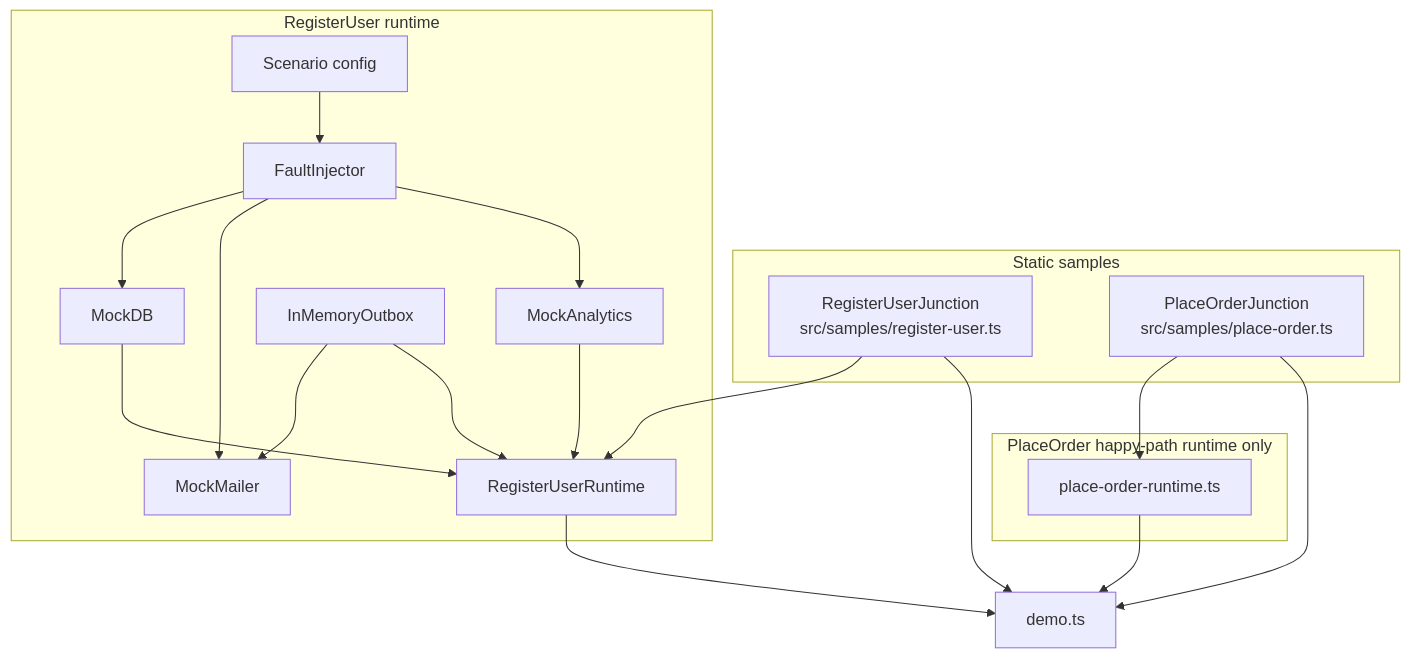
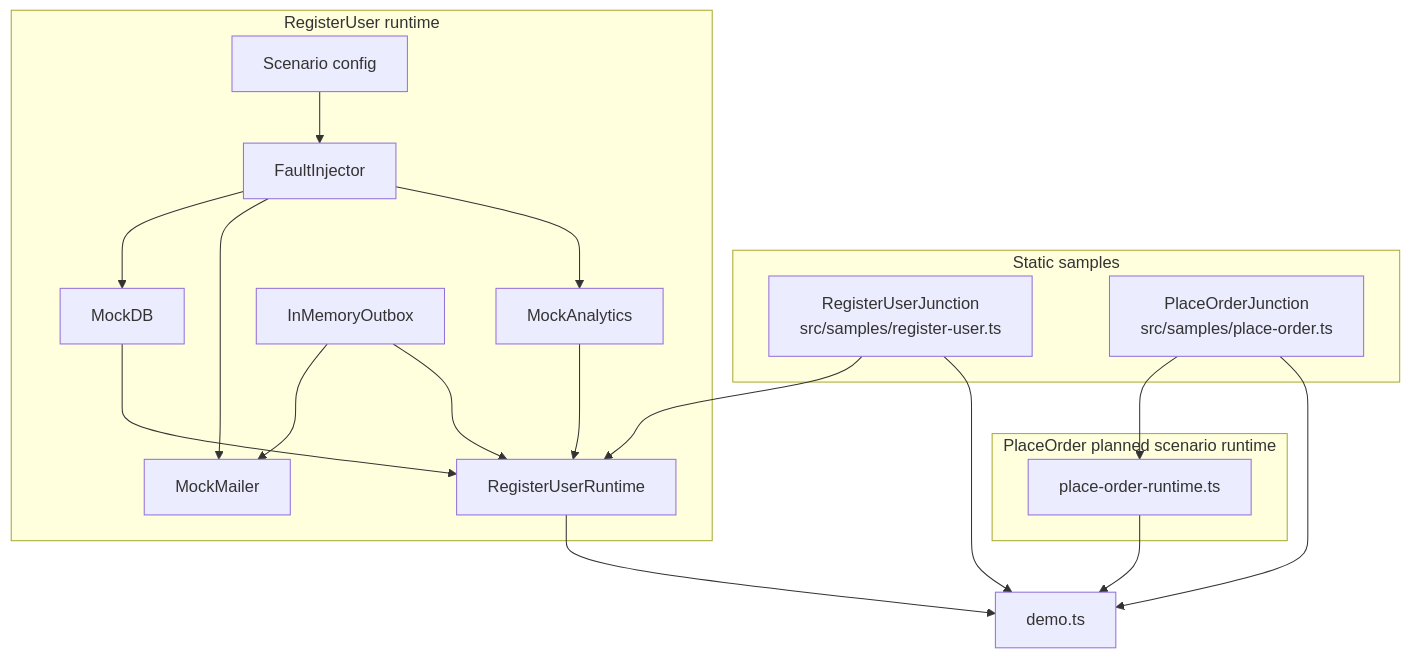
One commit to hayashikentaro/effect-junction changed the third of 9 diagrams in docs/11-implementation-map.md. Above: the diagram before and after it, drawn with Mermaid. The commit also changed other lines of this file and 5 other files, not shown here.

Commit message:
Implement PlaceOrder analytics failure scenario

````diff
--- a/docs/11-implementation-map.md
+++ b/docs/11-implementation-map.md
@@ -98,38 +101,38 @@
 ```mermaid
 flowchart TB
   subgraph StaticSamples["Static samples"]
     RegisterUserStatic[RegisterUserJunction<br/>src/samples/register-user.ts]
     PlaceOrderStatic[PlaceOrderJunction<br/>src/samples/place-order.ts]
   end
 
   subgraph RegisterRuntime["RegisterUser runtime"]
     ScenarioConfig[Scenario config]
     FaultInjector[FaultInjector]
     MockDB[MockDB]
     MockMailer[MockMailer]
     MockAnalytics[MockAnalytics]
     Outbox[InMemoryOutbox]
     RegisterRuntimeNode[RegisterUserRuntime]
   end
 
-  subgraph PlaceRuntime["PlaceOrder happy-path runtime only"]
+  subgraph PlaceRuntime["PlaceOrder planned scenario runtime"]
     PlaceOrderRuntime[place-order-runtime.ts]
   end
 
   Demo[demo.ts]
 
   RegisterUserStatic --> RegisterRuntimeNode
   ScenarioConfig --> FaultInjector
   FaultInjector --> MockDB
   FaultInjector --> MockMailer
   FaultInjector --> MockAnalytics
   Outbox --> MockMailer
   MockDB --> RegisterRuntimeNode
   MockAnalytics --> RegisterRuntimeNode
   Outbox --> RegisterRuntimeNode
   RegisterRuntimeNode --> Demo
   PlaceOrderStatic --> PlaceOrderRuntime
   PlaceOrderRuntime --> Demo
   RegisterUserStatic --> Demo
   PlaceOrderStatic --> Demo
 ```
````
